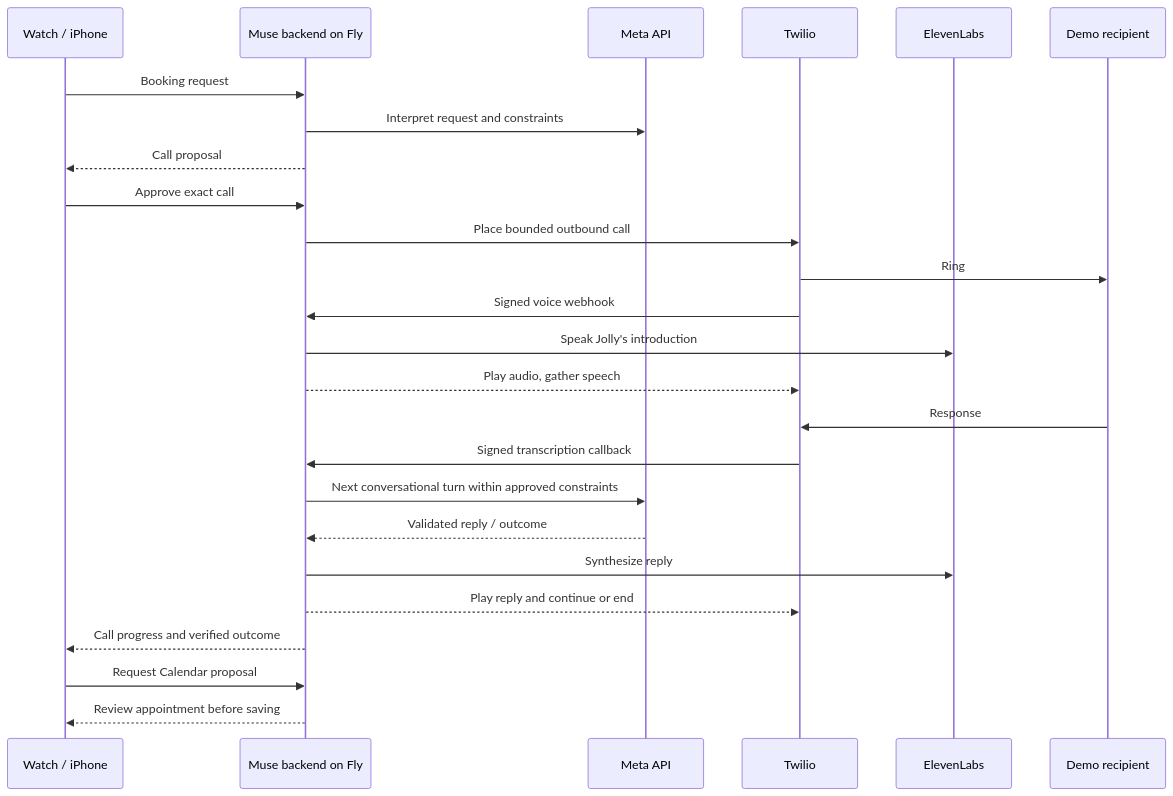
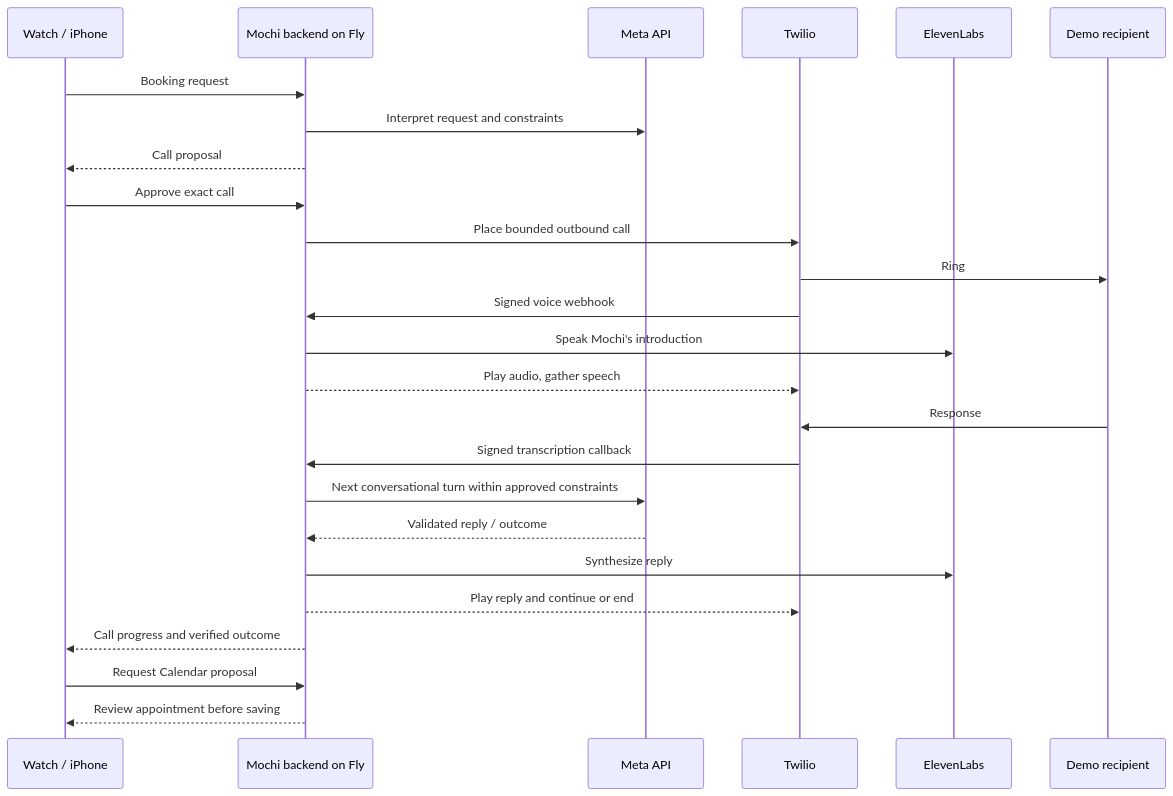
The diagram in docs/booking-calls.md (vbshuliar/mochi-for-watch), drawn with Mermaid before and after one commit. The commit also changed other lines of this file and 142 other files, not shown here.

````diff
--- a/docs/booking-calls.md
+++ b/docs/booking-calls.md
@@ -20,27 +20,27 @@
 ```mermaid
 sequenceDiagram
     participant User as Watch / iPhone
-    participant API as Muse backend on Fly
+    participant API as Mochi backend on Fly
     participant Meta as Meta API
     participant Phone as Twilio
     participant Voice as ElevenLabs
     participant Business as Demo recipient
     User->>API: Booking request
     API->>Meta: Interpret request and constraints
     API-->>User: Call proposal
     User->>API: Approve exact call
     API->>Phone: Place bounded outbound call
     Phone->>Business: Ring
     Phone->>API: Signed voice webhook
-    API->>Voice: Speak Jolly's introduction
+    API->>Voice: Speak Mochi's introduction
     API-->>Phone: Play audio, gather speech
     Business->>Phone: Response
     Phone->>API: Signed transcription callback
     API->>Meta: Next conversational turn within approved constraints
     Meta-->>API: Validated reply / outcome
     API->>Voice: Synthesize reply
     API-->>Phone: Play reply and continue or end
     API-->>User: Call progress and verified outcome
     User->>API: Request Calendar proposal
     API-->>User: Review appointment before saving
 ```
````
